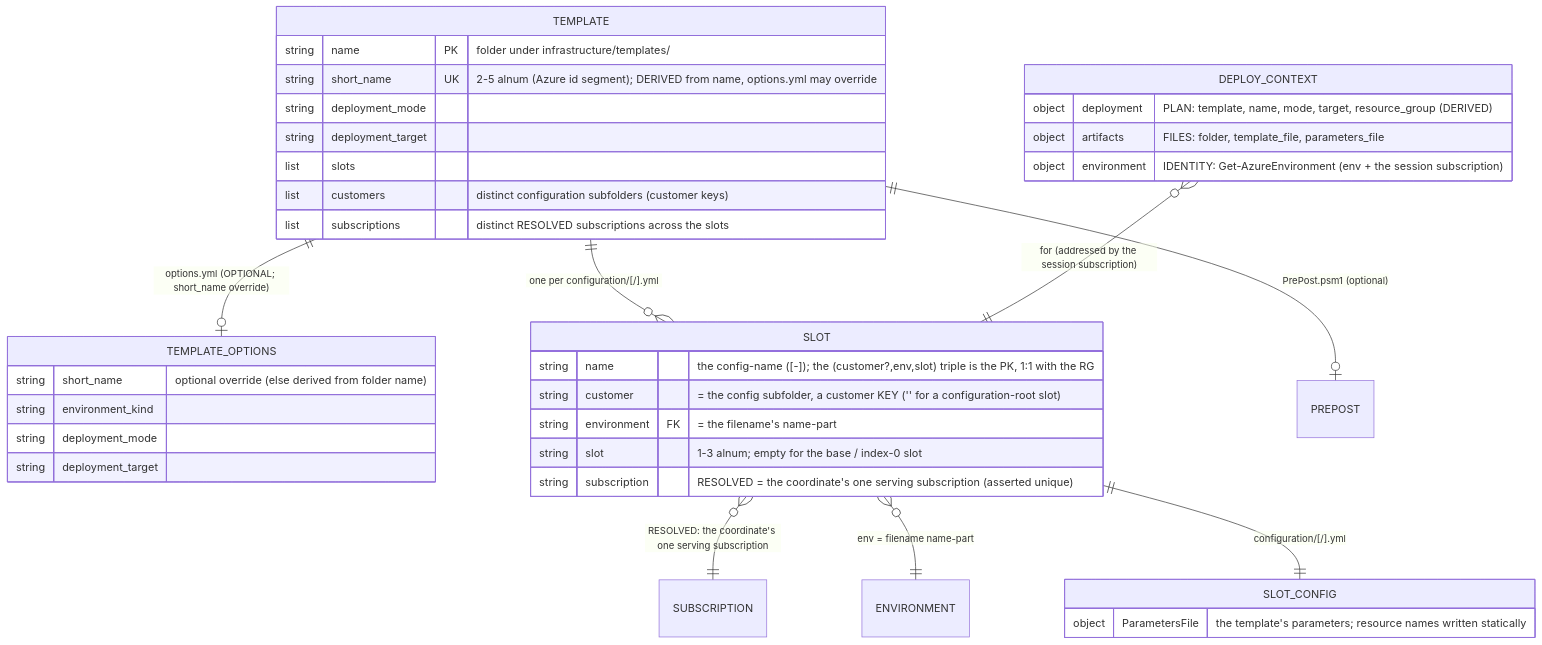
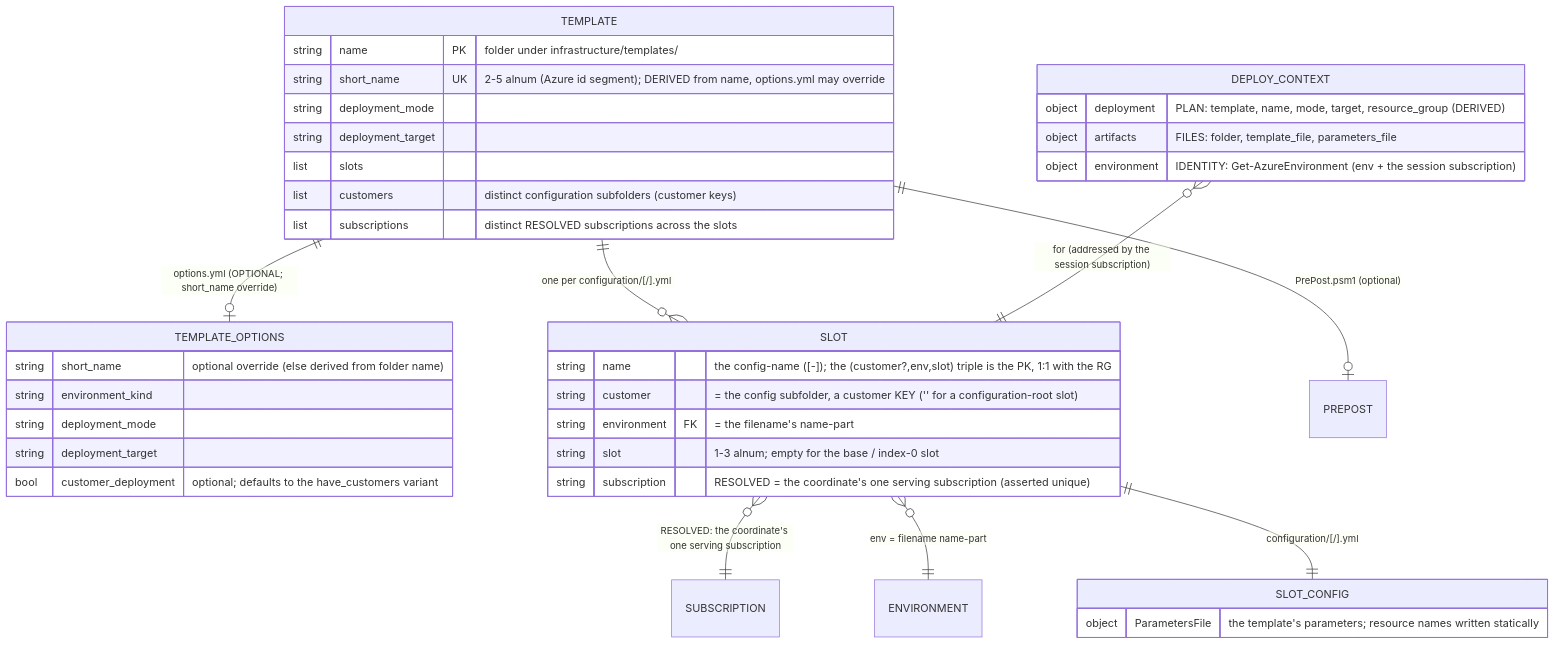
One commit to casperease/catzc changed the second of 2 diagrams in docs/adr/azure/azure-data-model.md. Above: the diagram before and after it, drawn with Mermaid. The commit also changed other lines of this file and 315 other files, not shown here.

````diff
--- a/docs/adr/azure/azure-data-model.md
+++ b/docs/adr/azure/azure-data-model.md
@@ -186,41 +186,42 @@
 ```mermaid
 erDiagram
     TEMPLATE ||--o| TEMPLATE_OPTIONS : "options.yml (OPTIONAL; short_name override)"
     TEMPLATE ||--o{ SLOT            : "one per configuration/[<customer>/]<config>.yml"
     TEMPLATE ||--o| PREPOST         : "PrePost.psm1 (optional)"
     SLOT     }o--|| SUBSCRIPTION     : "RESOLVED: the coordinate's one serving subscription"
     SLOT     }o--|| ENVIRONMENT     : "env = filename name-part"
     DEPLOY_CONTEXT }o--|| SLOT       : "for (addressed by the session subscription)"
     SLOT     ||--|| SLOT_CONFIG      : "configuration/[<customer>/]<config>.yml"
 
     TEMPLATE {
         string name       PK "folder under infrastructure/templates/"
         string short_name UK "2-5 alnum (Azure id segment); DERIVED from name, options.yml may override"
         string deployment_mode
         string deployment_target
         list   slots
         list   customers "distinct configuration subfolders (customer keys)"
         list   subscriptions "distinct RESOLVED subscriptions across the slots"
     }
     TEMPLATE_OPTIONS {
         string short_name      "optional override (else derived from folder name)"
         string environment_kind
         string deployment_mode
         string deployment_target
+        bool   customer_deployment "optional; defaults to the have_customers variant"
     }
     SLOT {
         string name         "the config-name (<env>[-<slot>]); the (customer?,env,slot) triple is the PK, 1:1 with the RG"
         string customer     "= the config subfolder, a customer KEY ('' for a configuration-root slot)"
         string environment  FK "= the filename's name-part"
         string slot         "1-3 alnum; empty for the base / index-0 slot"
         string subscription "RESOLVED = the coordinate's one serving subscription (asserted unique)"
     }
     SLOT_CONFIG {
         object ParametersFile "the template's parameters; resource names written statically"
     }
     DEPLOY_CONTEXT {
         object deployment  "PLAN: template, name, mode, target, resource_group (DERIVED)"
         object artifacts   "FILES: folder, template_file, parameters_file"
         object environment "IDENTITY: Get-AzureEnvironment (env + the session subscription)"
     }
 ```
````
